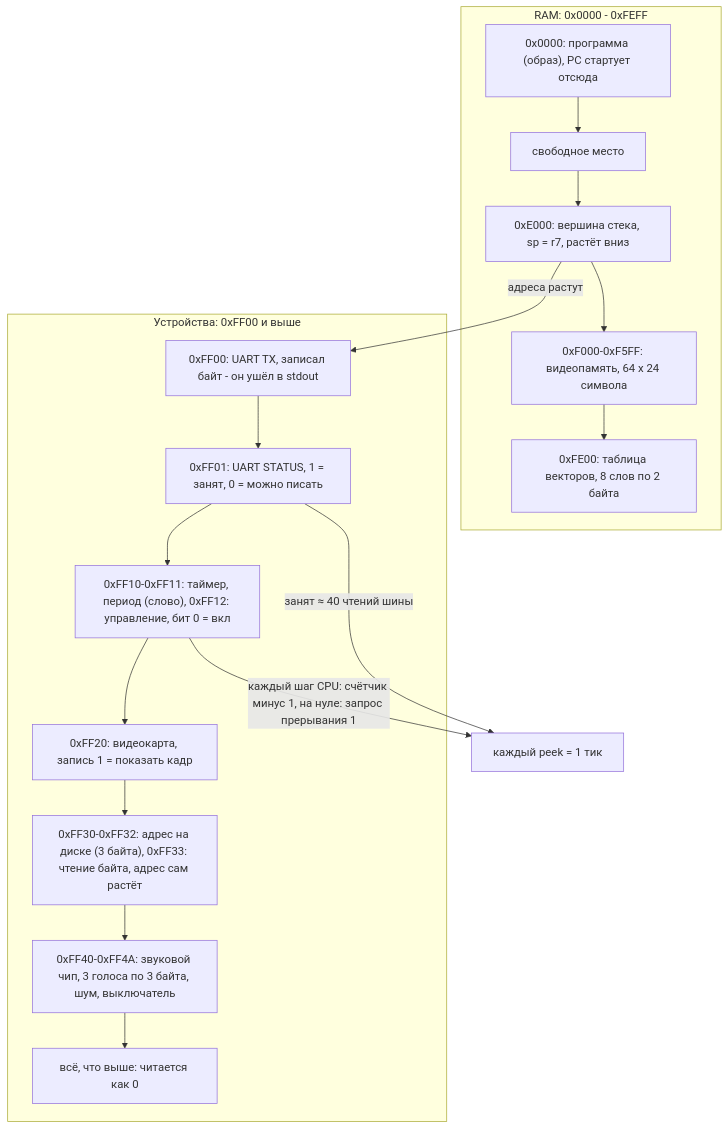
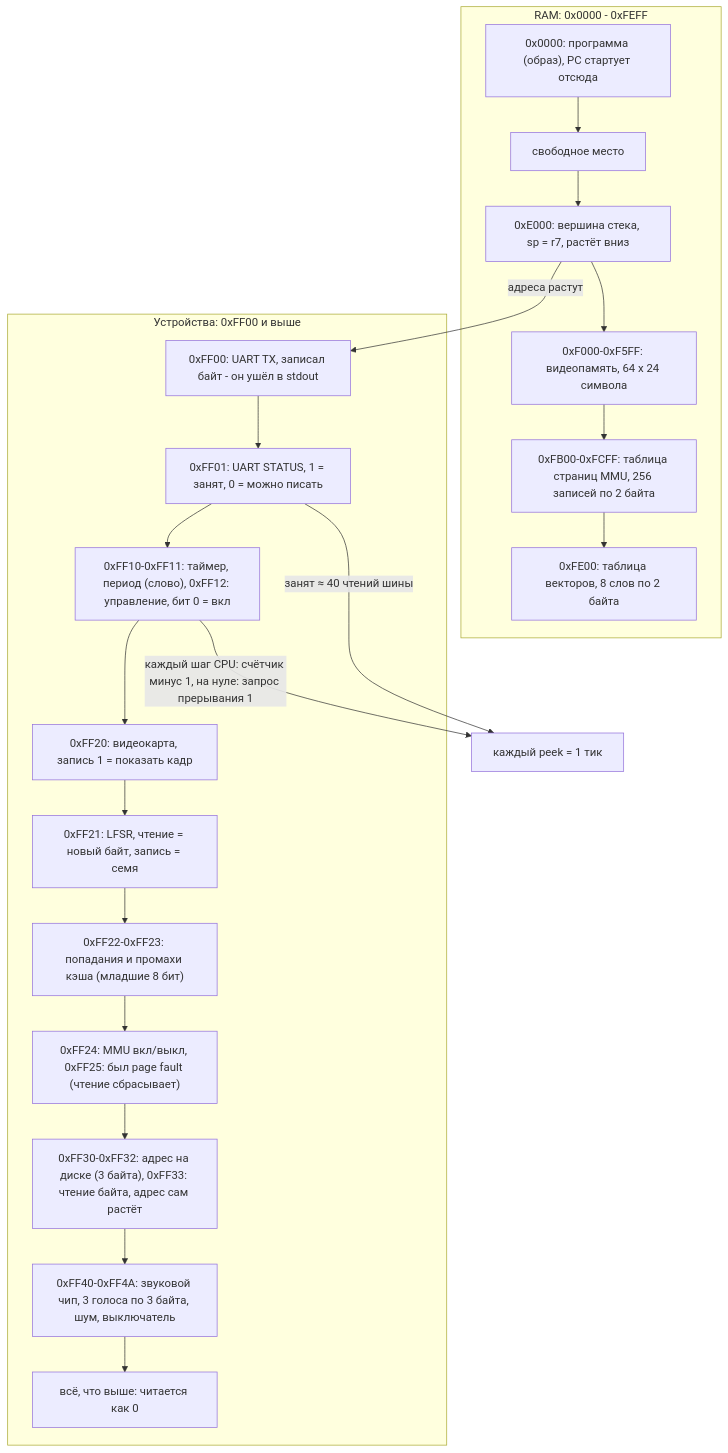
One commit to loki5512344ss/SummumOS changed the fifth of 24 diagrams in чертежи.md. Above: the diagram before and after it, drawn with Mermaid. The commit also changed other lines of this file and 11 other files, not shown here.

First line of the commit message:
Фаза 3: LFSR, кэш с промахами, MMU со page fault; --unlucky и мелочи фазы 11

````diff
--- a/чертежи.md
+++ b/чертежи.md
@@ -87,26 +87,30 @@
 ```mermaid
 graph TB
     subgraph RAM["RAM: 0x0000 - 0xFEFF"]
         prog["0x0000: программа (образ), PC стартует отсюда"]
         free["свободное место"]
         stack["0xE000: вершина стека, sp = r7, растёт вниз"]
         vram["0xF000-0xF5FF: видеопамять, 64 x 24 символа"]
+        pt["0xFB00-0xFCFF: таблица страниц MMU, 256 записей по 2 байта"]
         vt["0xFE00: таблица векторов, 8 слов по 2 байта"]
-        prog --> free --> stack --> vram --> vt
+        prog --> free --> stack --> vram --> pt --> vt
     end
 
     subgraph MMIO["Устройства: 0xFF00 и выше"]
         tx["0xFF00: UART TX, записал байт - он ушёл в stdout"]
         st["0xFF01: UART STATUS, 1 = занят, 0 = можно писать"]
         vid["0xFF20: видеокарта, запись 1 = показать кадр"]
+        rng["0xFF21: LFSR, чтение = новый байт, запись = семя"]
+        cac["0xFF22-0xFF23: попадания и промахи кэша (младшие 8 бит)"]
+        mmu["0xFF24: MMU вкл/выкл, 0xFF25: был page fault (чтение сбрасывает)"]
         disk["0xFF30-0xFF32: адрес на диске (3 байта), 0xFF33: чтение байта, адрес сам растёт"]
         psg["0xFF40-0xFF4A: звуковой чип, 3 голоса по 3 байта, шум, выключатель"]
         tm["0xFF10-0xFF11: таймер, период (слово), 0xFF12: управление, бит 0 = вкл"]
         rest["всё, что выше: читается как 0"]
-        tx --> st --> tm --> vid --> disk --> psg --> rest
+        tx --> st --> tm --> vid --> rng --> cac --> mmu --> disk --> psg --> rest
     end
 
     stack -->|"адреса растут"| tx
     st -->|"занят ≈ 40 чтений шины"| tick["каждый peek = 1 тик"]
     tm -->|"каждый шаг CPU: счётчик минус 1, на нуле: запрос прерывания 1"| tick
 ```
````
